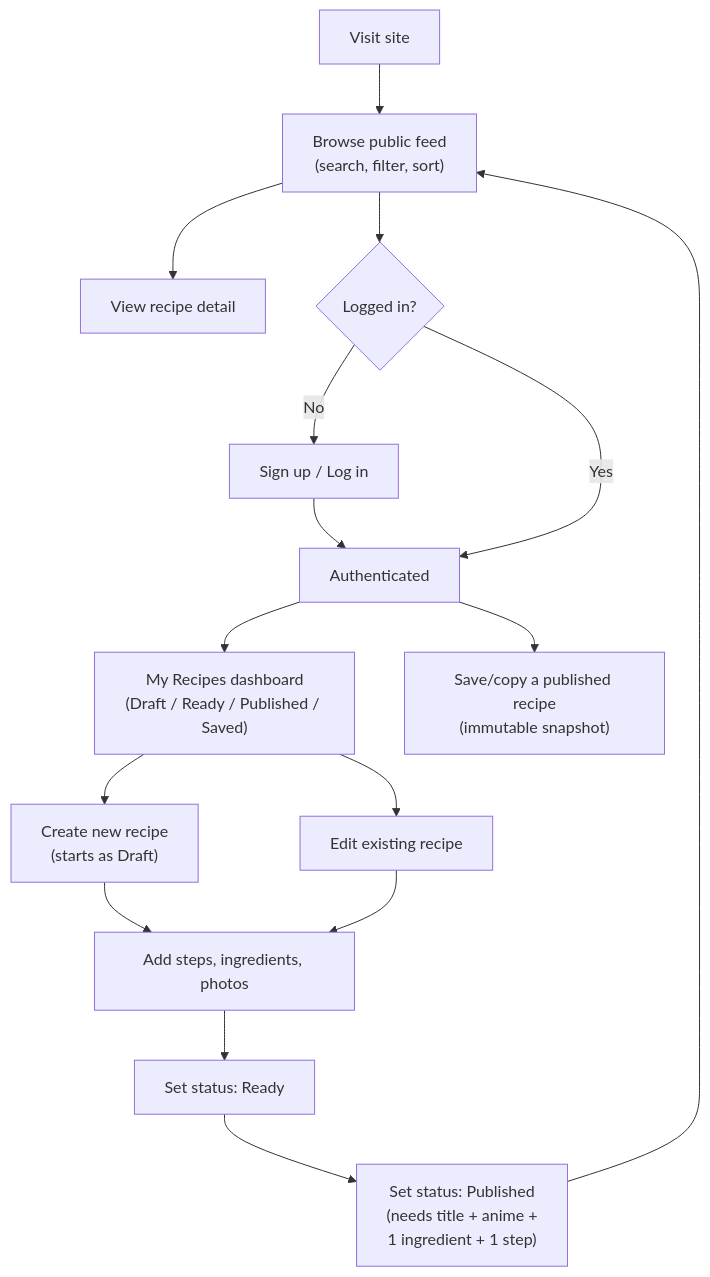
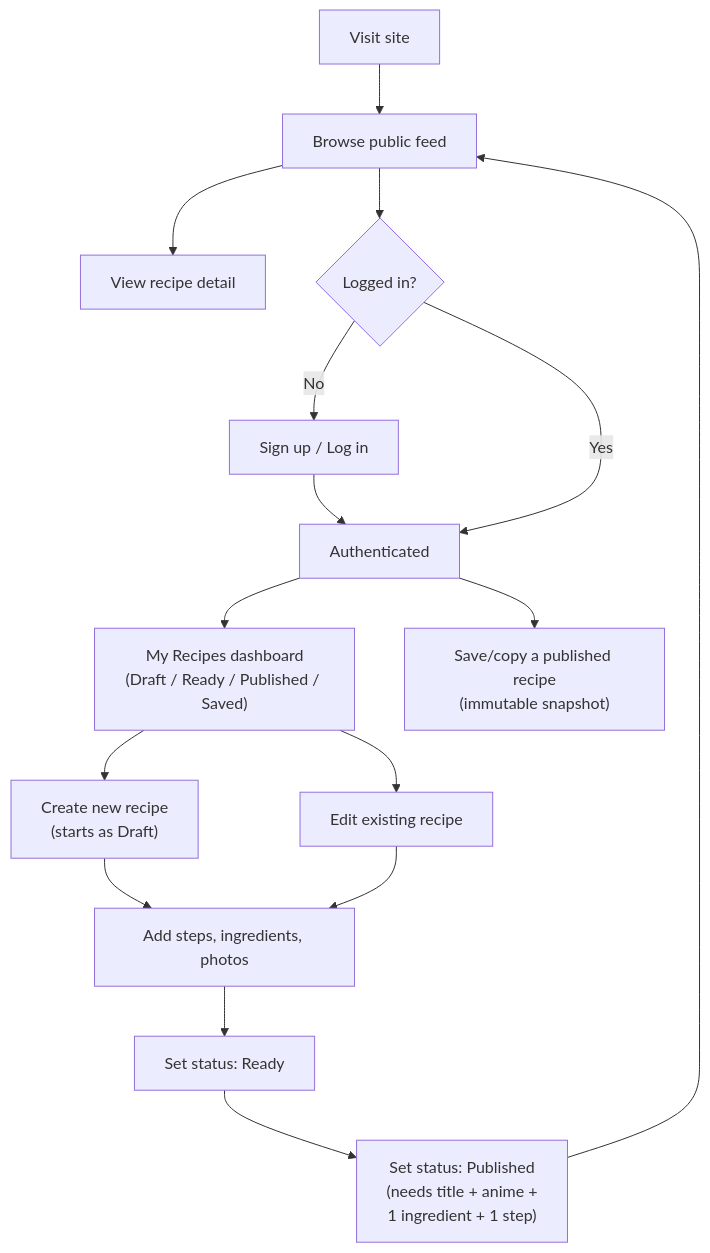
The second of 6 diagrams in app/docs/diagrams.md (XavierLaforgue/holbertonschool-portfolio), drawn with Mermaid before and after one commit.

Commit message:
Remove unimplemented search, filter and sort from user flow diagram
The front-end has no search, filter or sort controls yet, so a user cannot do this from the feed. The API already supports search and ordering parameters.

````diff
--- a/app/docs/diagrams.md
+++ b/app/docs/diagrams.md
@@ -48,23 +48,23 @@
 ```mermaid
 flowchart TD
-    Visit["Visit site"] --> Feed["Browse public feed\n(search, filter, sort)"]
+    Visit["Visit site"] --> Feed["Browse public feed"]
     Feed --> ViewRecipe["View recipe detail"]
     Feed --> Auth{"Logged in?"}
 
     Auth -->|No| LoginSignup["Sign up / Log in"]
     LoginSignup --> AuthDone["Authenticated"]
     Auth -->|Yes| AuthDone
 
     AuthDone --> MyRecipes["My Recipes dashboard\n(Draft / Ready / Published / Saved)"]
     AuthDone --> SaveCopy["Save/copy a published recipe\n(immutable snapshot)"]
 
     MyRecipes --> Create["Create new recipe\n(starts as Draft)"]
     MyRecipes --> Edit["Edit existing recipe"]
 
     Create --> AddContent["Add steps, ingredients, photos"]
     Edit --> AddContent
 
     AddContent --> Ready["Set status: Ready"]
     Ready --> Publish["Set status: Published\n(needs title + anime +\n1 ingredient + 1 step)"]
     Publish --> Feed
 ```
````
